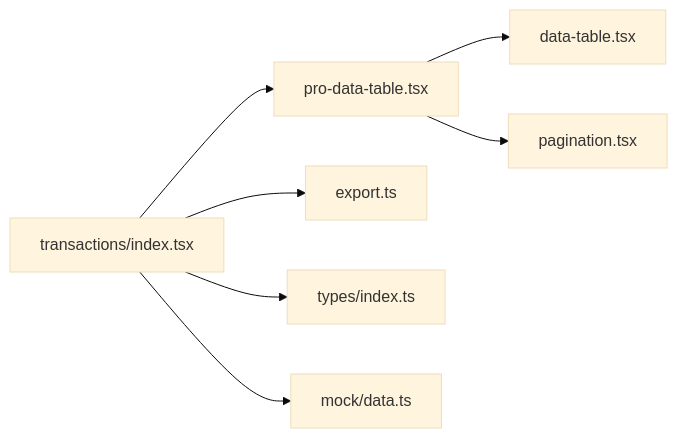
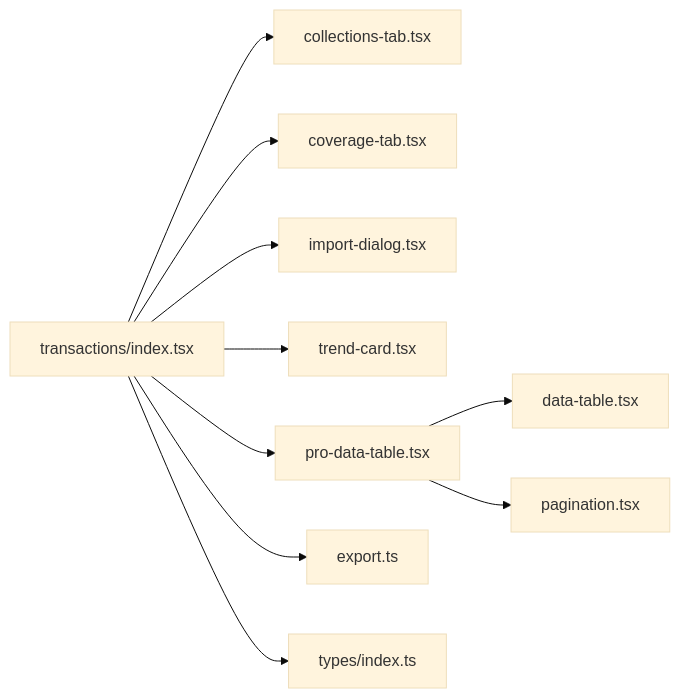
The third of 3 diagrams in .qoder/repowiki/zh/content/页面组件/交易记录页面/交易记录页面.md (Damao997/newproject), drawn with Mermaid (base theme) before and after one commit. The commit also changed other lines of this file and 40 other files, not shown here.

First line of the commit message:
feat(dashboard/inventory): 仪表板与存货模块真实数据接入及图表卡片拆分

````diff
--- a/.qoder/repowiki/zh/content/页面组件/交易记录页面/交易记录页面.md
+++ b/.qoder/repowiki/zh/content/页面组件/交易记录页面/交易记录页面.md
@@ -222,9 +307,12 @@
 ```mermaid
 graph LR
-TX["transactions/index.tsx"] --> PDT["pro-data-table.tsx"]
+TX["transactions/index.tsx"] --> CT["collections-tab.tsx"]
+TX --> CVT["coverage-tab.tsx"]
+TX --> ID["import-dialog.tsx"]
+TX --> TC["trend-card.tsx"]
+TX --> PDT["pro-data-table.tsx"]
 PDT --> DT["data-table.tsx"]
 PDT --> PAG["pagination.tsx"]
 TX --> EXP["export.ts"]
 TX --> TYP["types/index.ts"]
-TX --> MOCK["mock/data.ts"]
 ```
````
